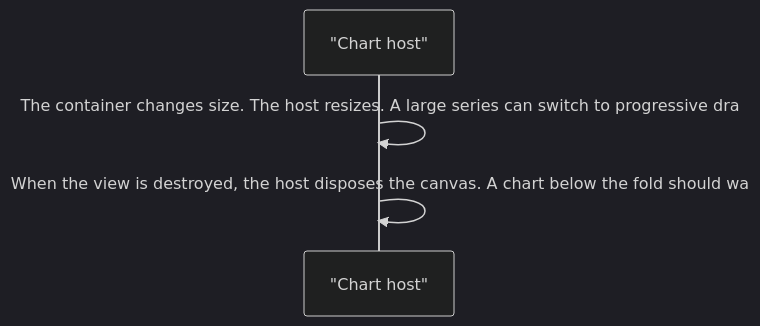
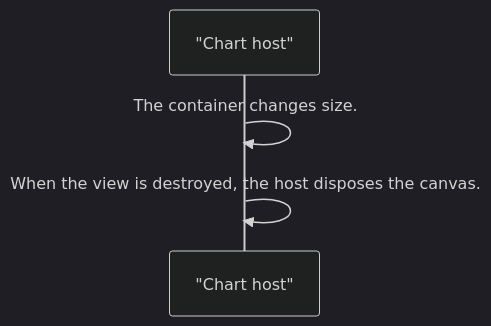
Before and after one commit to RajshekharBorate/pixel-ui: the third of 4 diagrams in projects/pixel-ui/src/lib/pixel-chart/DESIGN.md, drawn with Mermaid (dark theme). The commit also changed other lines of this file and 80 other files, not shown here.

Commit message:
Fill missing design flows and correct the stories that did not match component behavior.

````diff
--- a/projects/pixel-ui/src/lib/pixel-chart/DESIGN.md
+++ b/projects/pixel-ui/src/lib/pixel-chart/DESIGN.md
@@ -62,6 +62,6 @@
 ```mermaid
 sequenceDiagram
   participant host as "Chart host"
-  host->>host: The container changes size. The host resizes. A large series can switch to progressive dra
-  host->>host: When the view is destroyed, the host disposes the canvas. A chart below the fold should wa
+  host->>host: The container changes size.
+  host->>host: When the view is destroyed, the host disposes the canvas.
 ```
````
